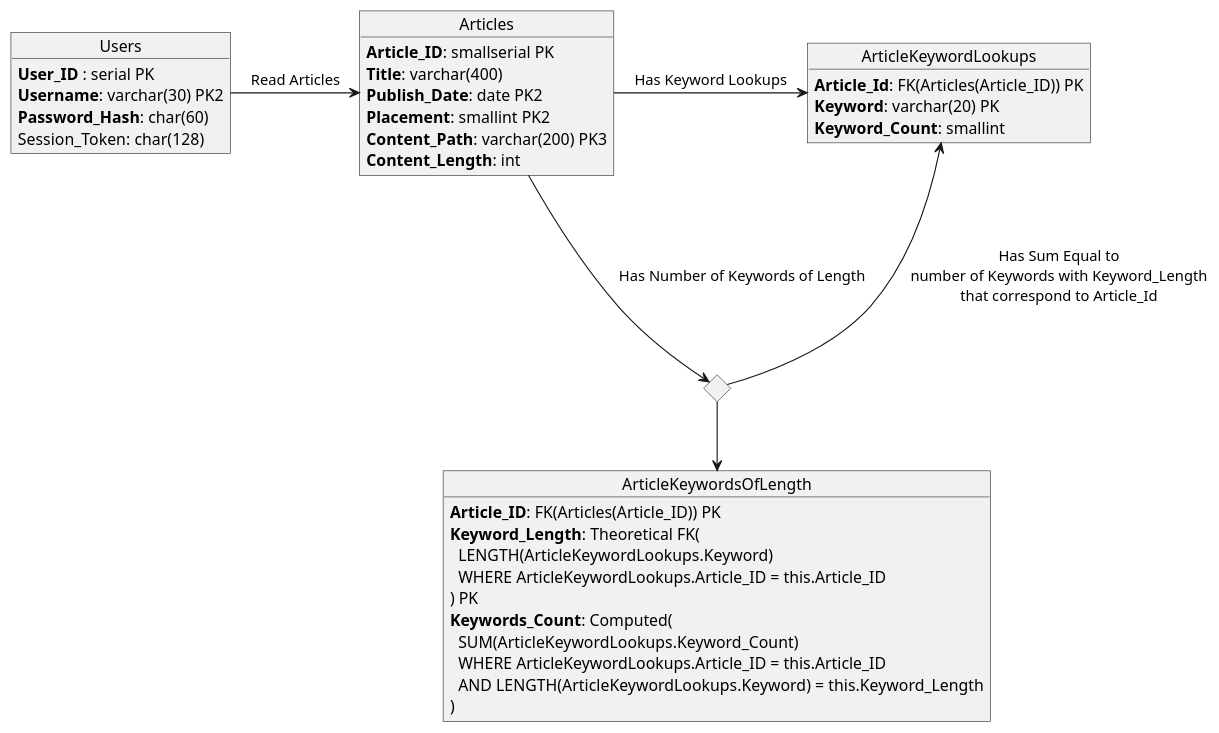
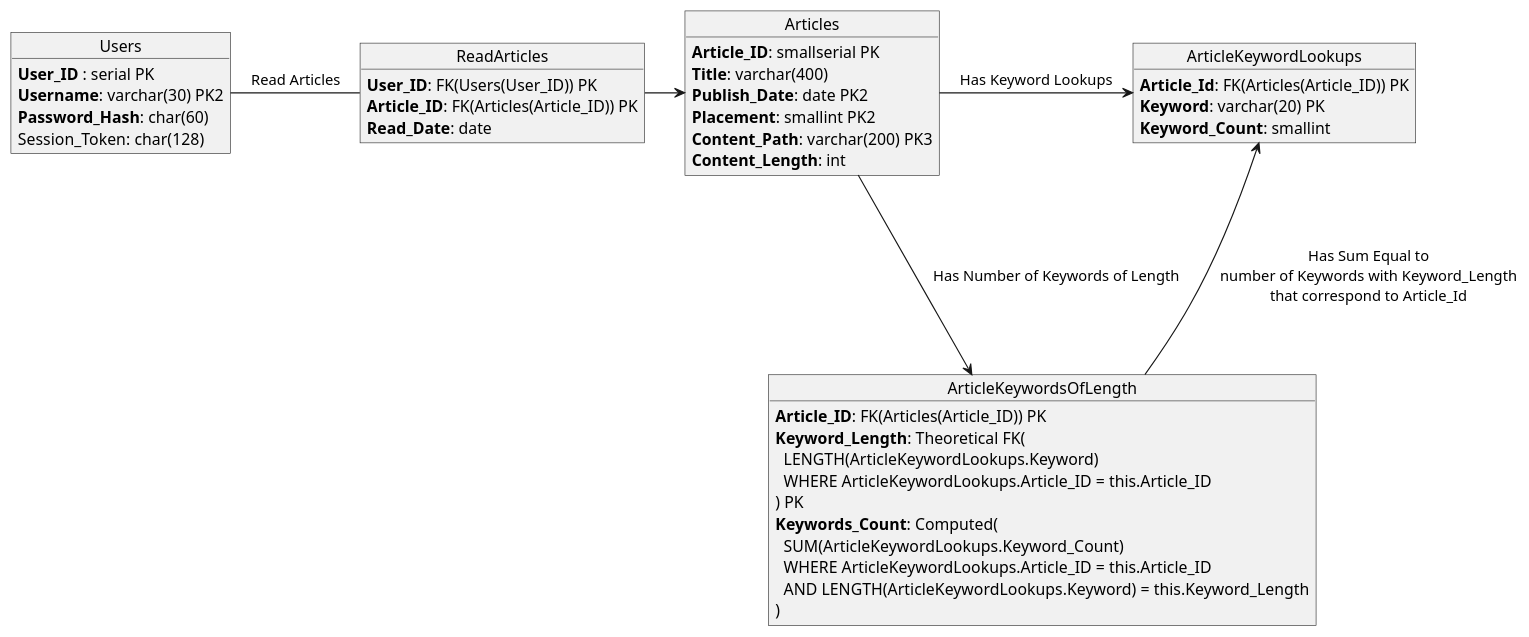
One commit to g-robertson/ISP-Term-Project changed the diagram in src/diagrams/db.puml. Above: the diagram before and after it, drawn with PlantUML.

Commit message:
Update db UML

```diff
--- a/src/diagrams/db.puml
+++ b/src/diagrams/db.puml
@@ -1,38 +1,43 @@
 @startuml
 
 object Users {
   **User_ID** : serial PK
   **Username**: varchar(30) PK2
   **Password_Hash**: char(60)
   Session_Token: char(128)
+}
+
+object ReadArticles {
+  **User_ID**: FK(Users(User_ID)) PK
+  **Article_ID**: FK(Articles(Article_ID)) PK
+  **Read_Date**: date
 }
 
 object Articles {
   **Article_ID**: smallserial PK
   **Title**: varchar(400)
   **Publish_Date**: date PK2
   **Placement**: smallint PK2
   **Content_Path**: varchar(200) PK3
   **Content_Length**: int
 }
 
 object ArticleKeywordLookups {
   **Article_Id**: FK(Articles(Article_ID)) PK
   **Keyword**: varchar(20) PK
   **Keyword_Count**: smallint
 }
 
-diamond diaArticleKeywordsOfLength
 object ArticleKeywordsOfLength {
   **Article_ID**: FK(Articles(Article_ID)) PK
   **Keyword_Length**: Theoretical FK(\n  LENGTH(ArticleKeywordLookups.Keyword)\n  WHERE ArticleKeywordLookups.Article_ID = this.Article_ID\n) PK
   **Keywords_Count**: Computed(\n  SUM(ArticleKeywordLookups.Keyword_Count)\n  WHERE ArticleKeywordLookups.Article_ID = this.Article_ID\n  AND LENGTH(ArticleKeywordLookups.Keyword) = this.Keyword_Length\n) 
 }
 
-Users->Articles: Read Articles
+Users -r- ReadArticles: Read Articles
+ReadArticles-r->Articles
 
 Articles->ArticleKeywordLookups: Has Keyword Lookups
-Articles-d-->diaArticleKeywordsOfLength: Has Number of Keywords of Length
-diaArticleKeywordsOfLength-d->ArticleKeywordsOfLength
-diaArticleKeywordsOfLength-u-->ArticleKeywordLookups: Has Sum Equal to\nnumber of Keywords with Keyword_Length\nthat correspond to Article_Id
+Articles-d-->ArticleKeywordsOfLength: Has Number of Keywords of Length
+ArticleKeywordsOfLength-u-->ArticleKeywordLookups: Has Sum Equal to\nnumber of Keywords with Keyword_Length\nthat correspond to Article_Id
 @enduml
```
